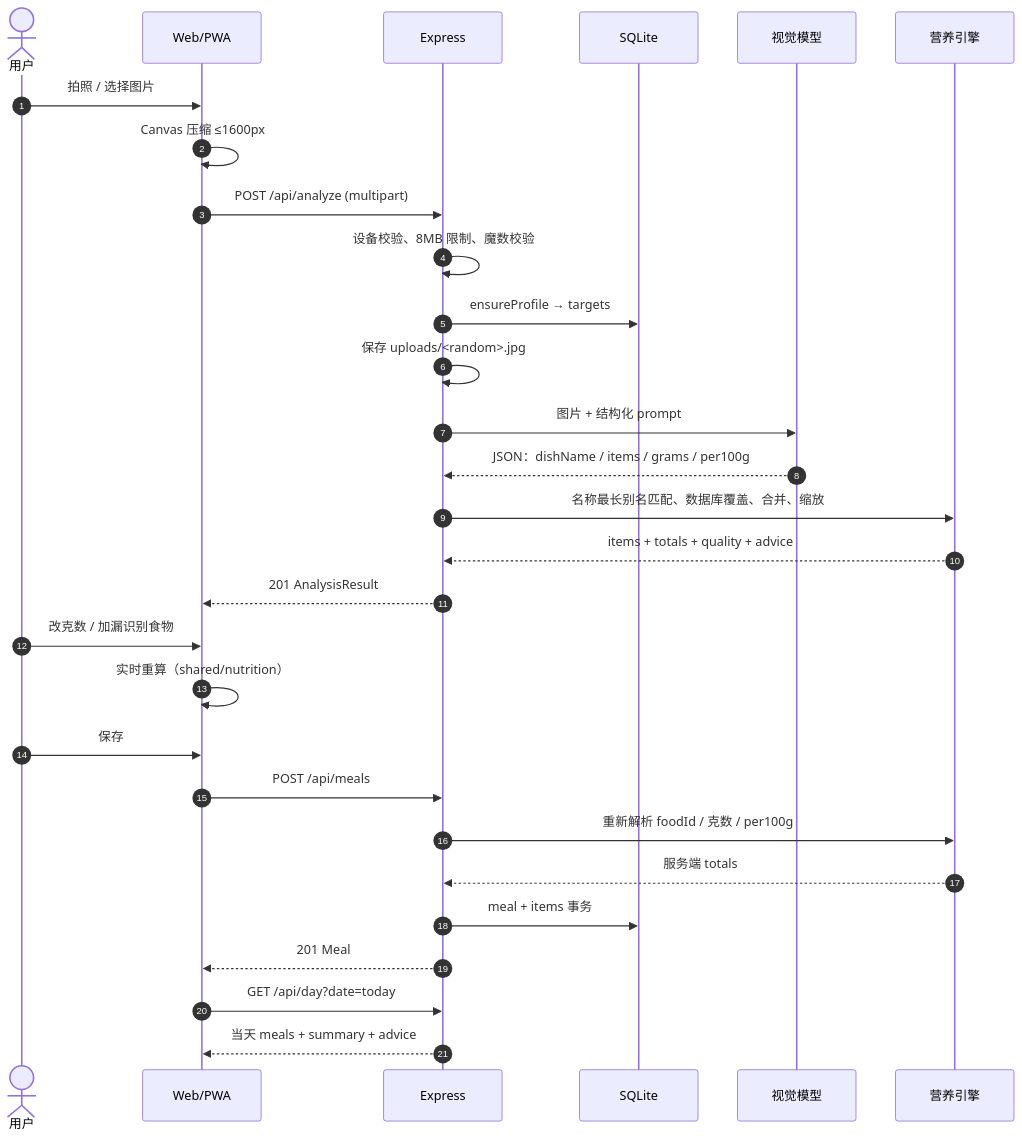
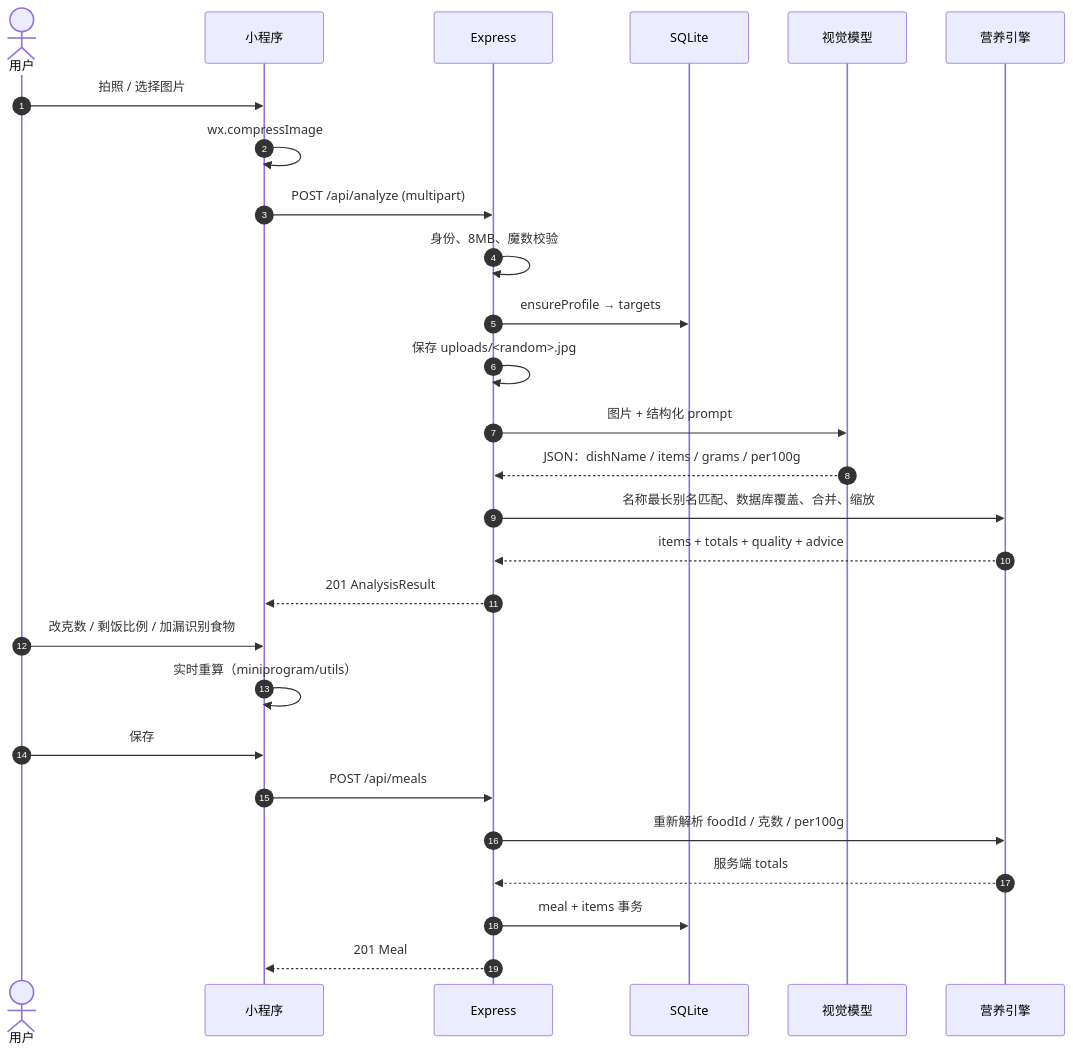
Before and after one commit to 6xuwei-ad/keep-fit: the second of 4 diagrams in docs/ARCHITECTURE.md, drawn with Mermaid. The commit also changed other lines of this file and 58 other files, not shown here.

First line of the commit message:
refactor: 移除 Web 端，收敛为微信小程序 + API

````diff
--- a/docs/ARCHITECTURE.md
+++ b/docs/ARCHITECTURE.md
@@ -370,32 +285,30 @@
 ```mermaid
 sequenceDiagram
   autonumber
   actor U as 用户
-  participant W as Web/PWA
+  participant W as 小程序
   participant A as Express
   participant D as SQLite
   participant V as 视觉模型
   participant N as 营养引擎
 
   U->>W: 拍照 / 选择图片
-  W->>W: Canvas 压缩 ≤1600px
+  W->>W: wx.compressImage
   W->>A: POST /api/analyze (multipart)
-  A->>A: 设备校验、8MB 限制、魔数校验
+  A->>A: 身份、8MB、魔数校验
   A->>D: ensureProfile → targets
   A->>A: 保存 uploads/<random>.jpg
   A->>V: 图片 + 结构化 prompt
   V-->>A: JSON：dishName / items / grams / per100g
   A->>N: 名称最长别名匹配、数据库覆盖、合并、缩放
   N-->>A: items + totals + quality + advice
   A-->>W: 201 AnalysisResult
-  U->>W: 改克数 / 加漏识别食物
-  W->>W: 实时重算（shared/nutrition）
+  U->>W: 改克数 / 剩饭比例 / 加漏识别食物
+  W->>W: 实时重算（miniprogram/utils）
   U->>W: 保存
   W->>A: POST /api/meals
   A->>N: 重新解析 foodId / 克数 / per100g
   N-->>A: 服务端 totals
   A->>D: meal + items 事务
   A-->>W: 201 Meal
-  W->>A: GET /api/day?date=today
-  A-->>W: 当天 meals + summary + advice
 ```
````
